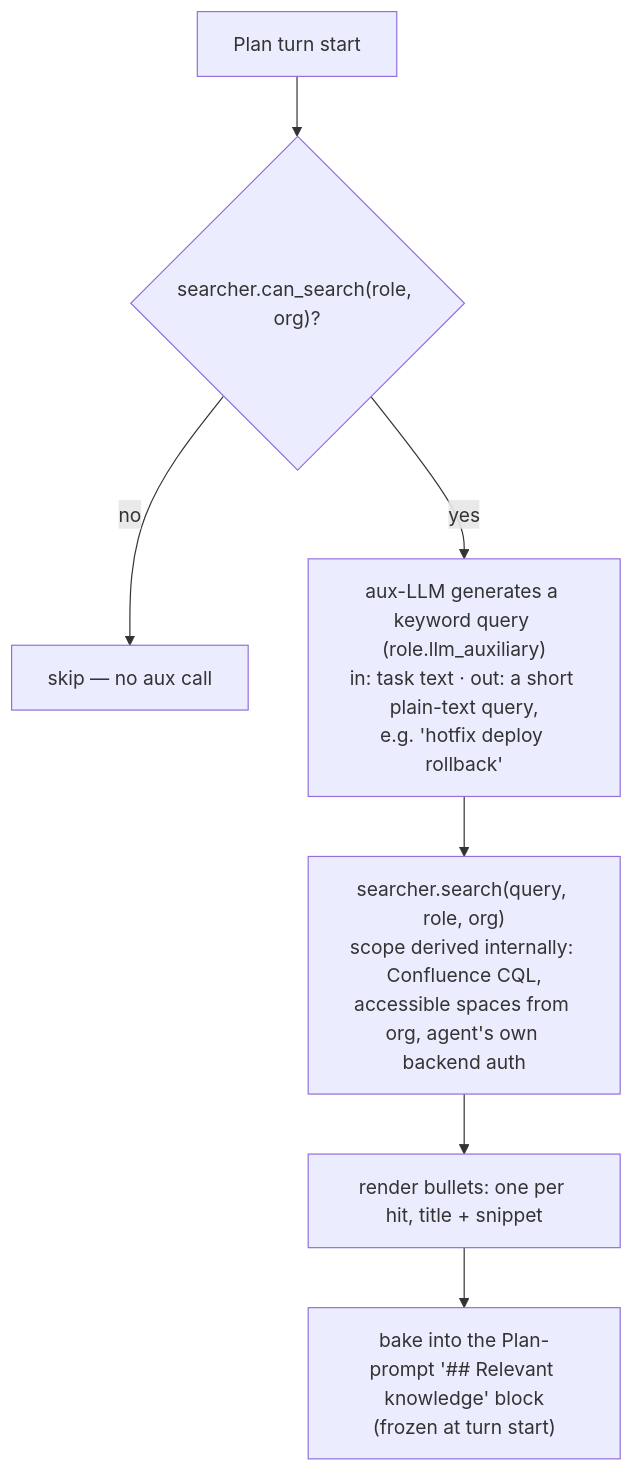
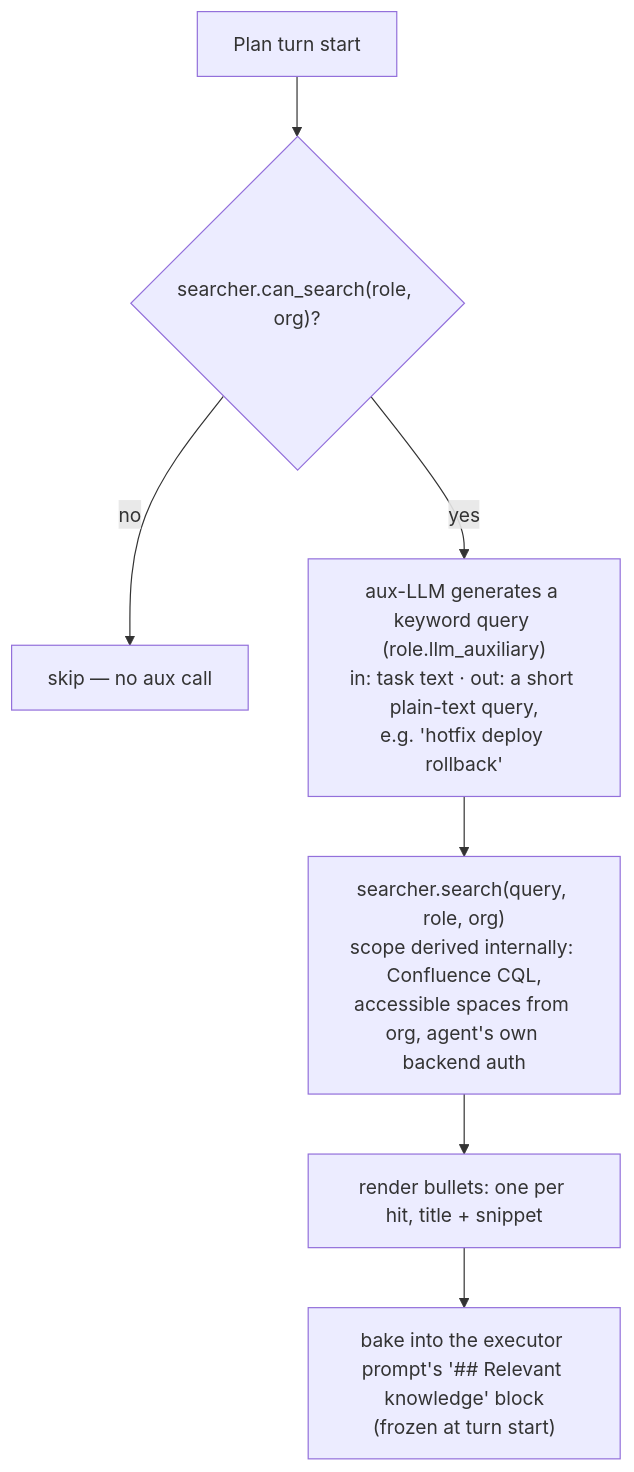
Before and after one commit to crewlet/crewlet: the second of 2 diagrams in docs/concepts/agent-learning.md, drawn with Mermaid. The commit also changed other lines of this file and 194 other files, not shown here.

````diff
--- a/docs/concepts/agent-learning.md
+++ b/docs/concepts/agent-learning.md
@@ -248,9 +248,9 @@
 ```mermaid
 flowchart TD
     A["Plan turn start"] --> B{"searcher.can_search(role, org)?"}
     B -->|no| SKIP["skip — no aux call"]
     B -->|yes| C["aux-LLM generates a keyword query (role.llm_auxiliary)<br/>in: task text · out: a short plain-text query,<br/>e.g. 'hotfix deploy rollback'"]
     C --> D["searcher.search(query, role, org)<br/>scope derived internally: Confluence CQL,<br/>accessible spaces from org, agent's own backend auth"]
     D --> E["render bullets: one per hit, title + snippet"]
-    E --> F["bake into the Plan-prompt '## Relevant knowledge' block<br/>(frozen at turn start)"]
+    E --> F["bake into the executor prompt's '## Relevant knowledge' block<br/>(frozen at turn start)"]
 ```
````
